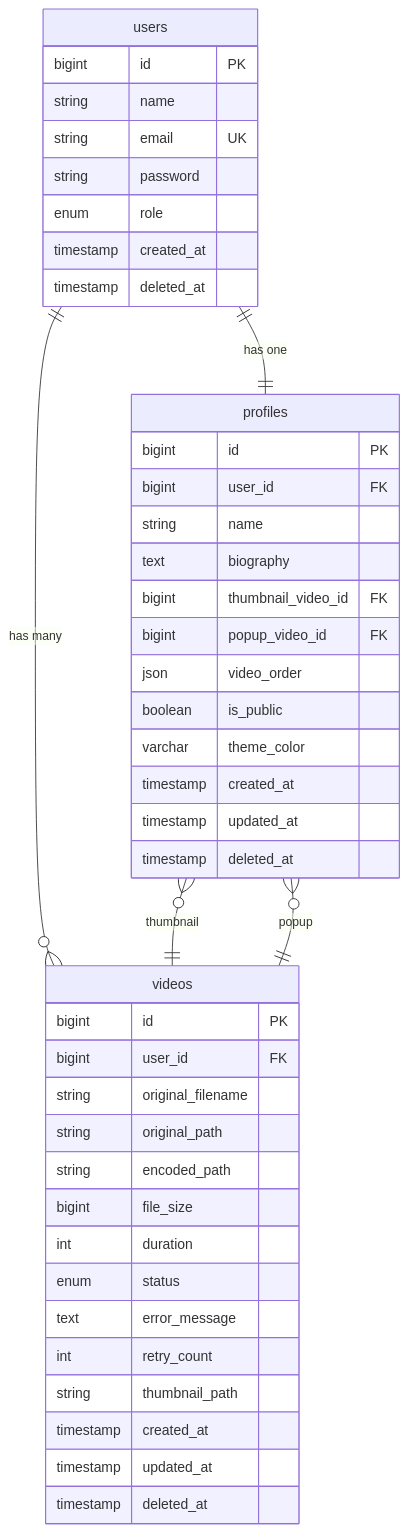
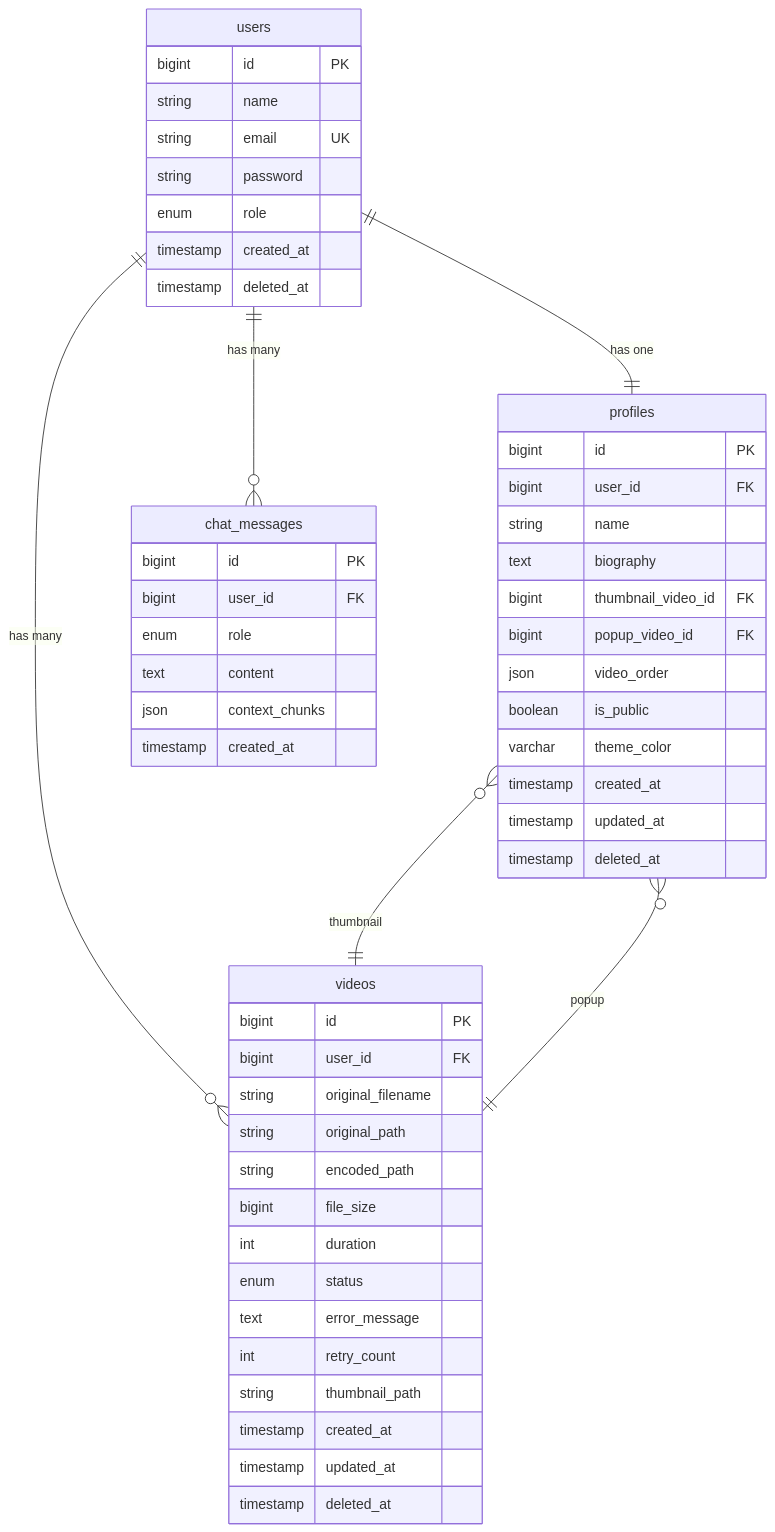
The first of 2 diagrams in docs/design-docs/03_database.md (tetsu2026/movie-profile), drawn with Mermaid before and after one commit. The commit also changed other lines of this file and 10 other files, not shown here.

````diff
--- a/docs/design-docs/03_database.md
+++ b/docs/design-docs/03_database.md
@@ -137,49 +225,59 @@
 ```mermaid
 erDiagram
     users ||--|| profiles : "has one"
     users ||--o{ videos : "has many"
+    users ||--o{ chat_messages : "has many"
     profiles }o--|| videos : "thumbnail"
     profiles }o--|| videos : "popup"
 
     users {
         bigint id PK
         string name
         string email UK
         string password
         enum role
         timestamp created_at
         timestamp deleted_at
     }
 
     profiles {
         bigint id PK
         bigint user_id FK
         string name
         text biography
         bigint thumbnail_video_id FK
         bigint popup_video_id FK
         json video_order
         boolean is_public
         varchar theme_color
         timestamp created_at
         timestamp updated_at
         timestamp deleted_at
     }
 
     videos {
         bigint id PK
         bigint user_id FK
         string original_filename
         string original_path
         string encoded_path
         bigint file_size
         int duration
         enum status
         text error_message
         int retry_count
         string thumbnail_path
         timestamp created_at
         timestamp updated_at
         timestamp deleted_at
     }
+
+    chat_messages {
+        bigint id PK
+        bigint user_id FK
+        enum role
+        text content
+        json context_chunks
+        timestamp created_at
+    }
 ```
````
